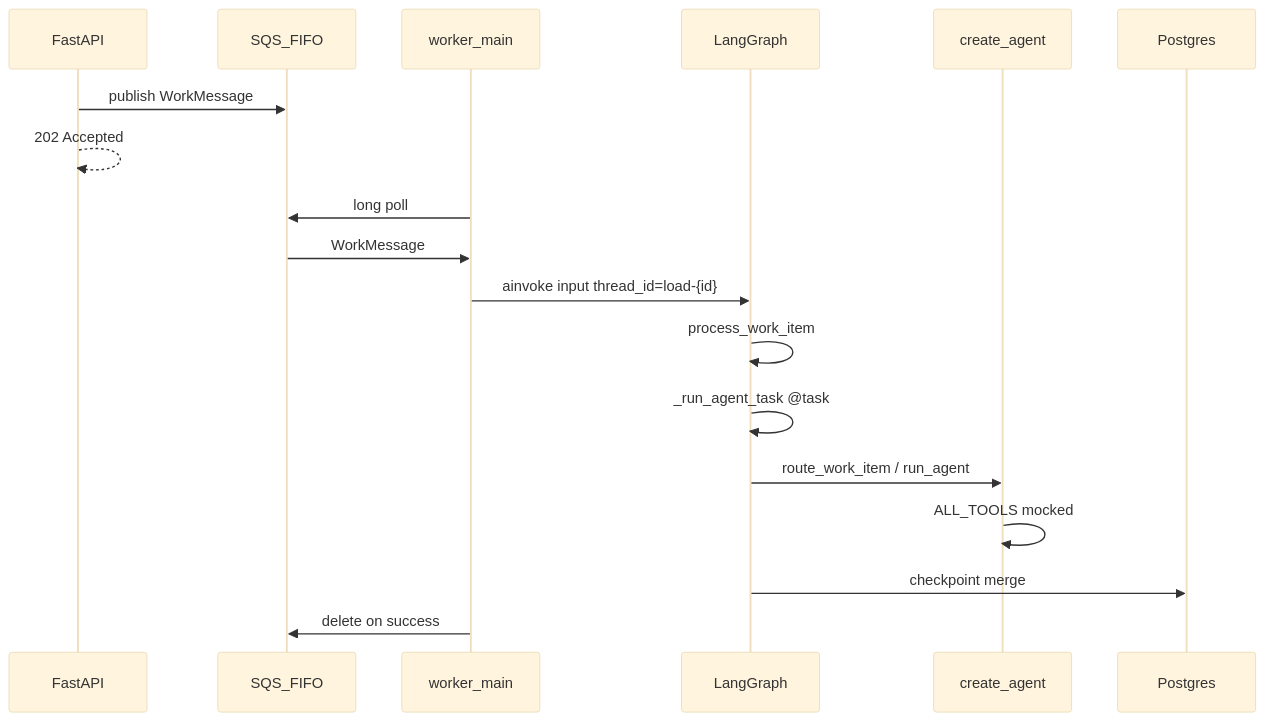
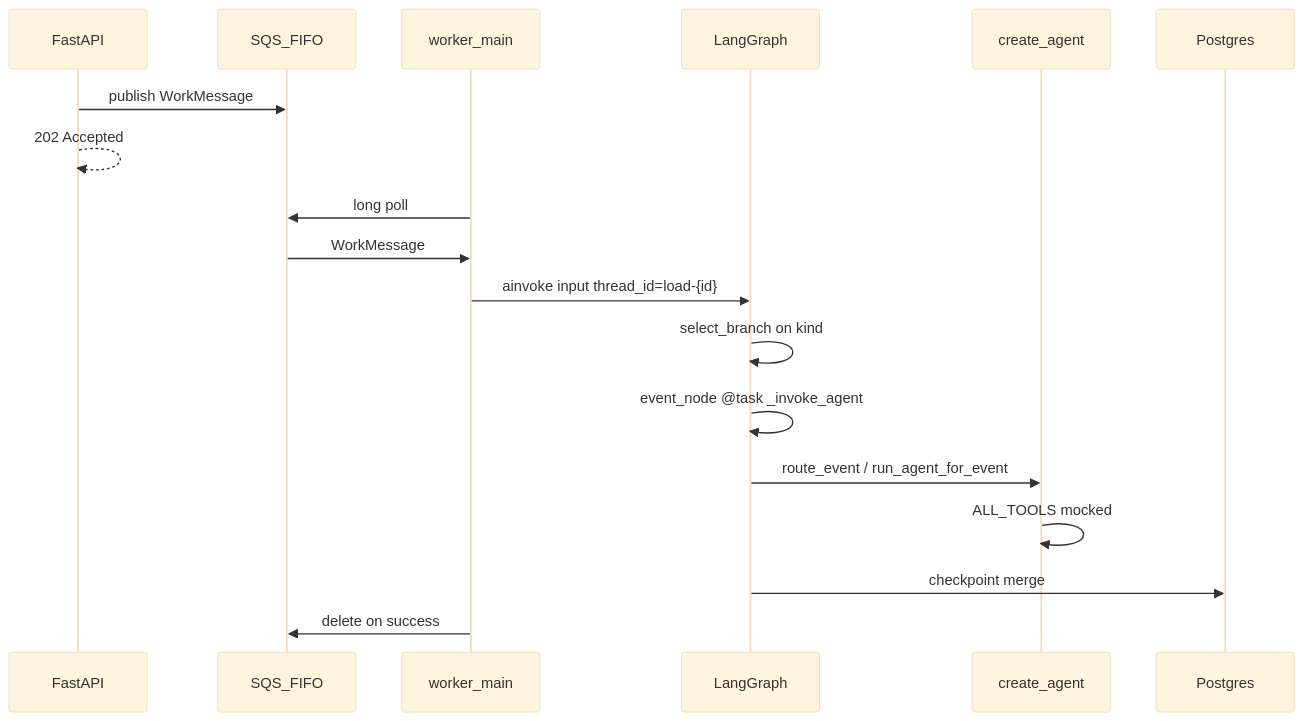
The first of 3 diagrams in app/worker/CLAUDE.md (agualbbus/fh-challenge), drawn with Mermaid (base theme) before and after one commit. The commit also changed other lines of this file and 6 other files, not shown here.

First line of the commit message:
Implement agent architecture and update documentation

````diff
--- a/app/worker/CLAUDE.md
+++ b/app/worker/CLAUDE.md
@@ -40,21 +44,21 @@
 ```mermaid
 sequenceDiagram
     participant API as FastAPI
     participant SQS as SQS_FIFO
     participant Main as worker_main
     participant Graph as LangGraph
     participant Agent as create_agent
     participant PG as Postgres
 
     API->>SQS: publish WorkMessage
     API-->>API: 202 Accepted
     Main->>SQS: long poll
     SQS->>Main: WorkMessage
     Main->>Graph: ainvoke input thread_id=load-{id}
-    Graph->>Graph: process_work_item
-    Graph->>Graph: _run_agent_task @task
-    Graph->>Agent: route_work_item / run_agent
+    Graph->>Graph: select_branch on kind
+    Graph->>Graph: event_node @task _invoke_agent
+    Graph->>Agent: route_event / run_agent_for_event
     Agent->>Agent: ALL_TOOLS mocked
     Graph->>PG: checkpoint merge
     Main->>SQS: delete on success
 ```
````
